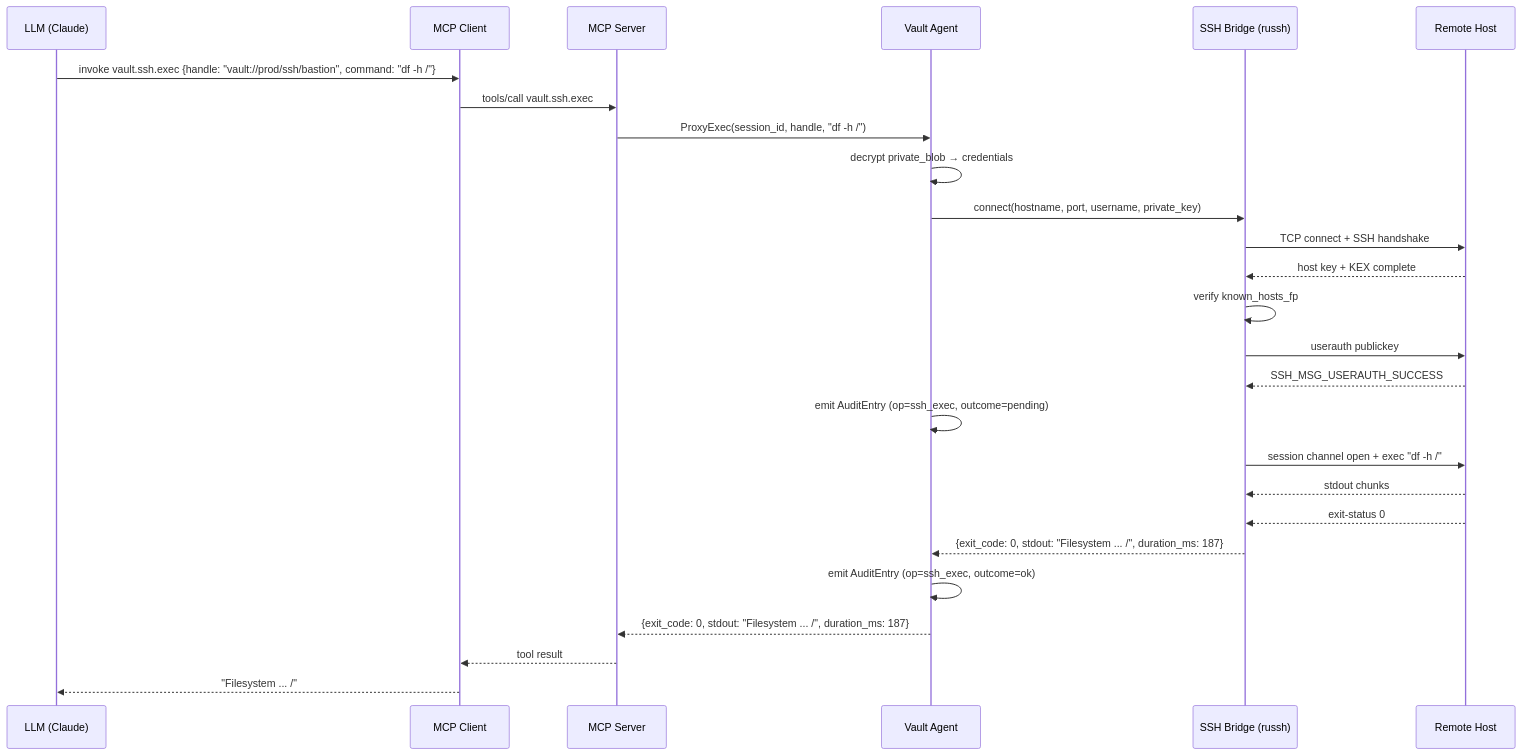
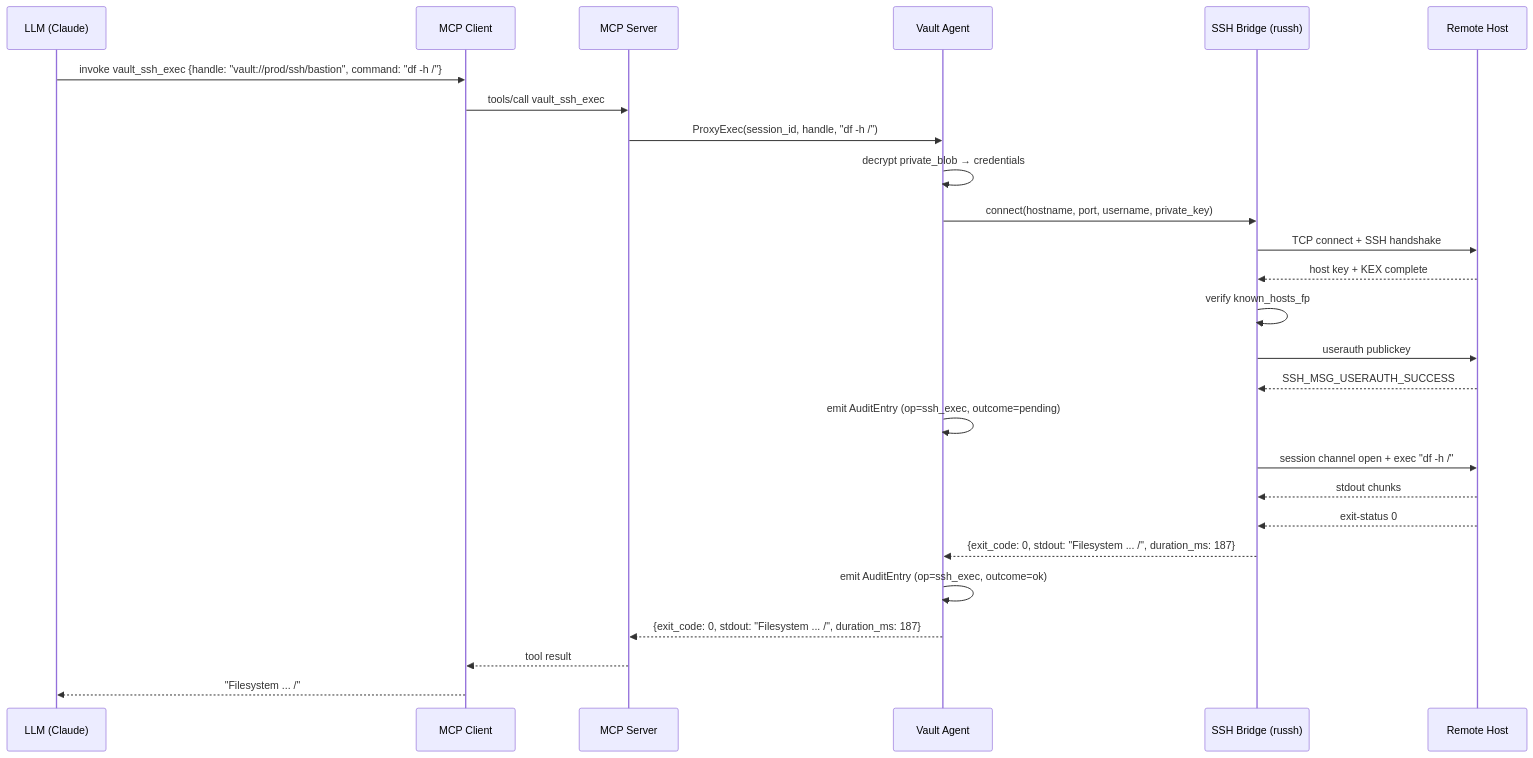
The diagram in docs/arch/integrations/ssh-bridge.md (farchanjo/merkle), drawn with Mermaid before and after one commit. The commit also changed other lines of this file and 6 other files, not shown here.

````diff
--- a/docs/arch/integrations/ssh-bridge.md
+++ b/docs/arch/integrations/ssh-bridge.md
@@ -279,29 +279,29 @@
 ```mermaid
 sequenceDiagram
     participant LLM as LLM (Claude)
     participant Client as MCP Client
     participant Server as MCP Server
     participant Agent as Vault Agent
     participant Bridge as SSH Bridge (russh)
     participant Remote as Remote Host
 
-    LLM->>Client: invoke vault.ssh.exec {handle: "vault://prod/ssh/bastion", command: "df -h /"}
-    Client->>Server: tools/call vault.ssh.exec
+    LLM->>Client: invoke vault_ssh_exec {handle: "vault://prod/ssh/bastion", command: "df -h /"}
+    Client->>Server: tools/call vault_ssh_exec
     Server->>Agent: ProxyExec(session_id, handle, "df -h /")
     Agent->>Agent: decrypt private_blob → credentials
     Agent->>Bridge: connect(hostname, port, username, private_key)
     Bridge->>Remote: TCP connect + SSH handshake
     Remote-->>Bridge: host key + KEX complete
     Bridge->>Bridge: verify known_hosts_fp
     Bridge->>Remote: userauth publickey
     Remote-->>Bridge: SSH_MSG_USERAUTH_SUCCESS
     Agent->>Agent: emit AuditEntry (op=ssh_exec, outcome=pending)
     Bridge->>Remote: session channel open + exec "df -h /"
     Remote-->>Bridge: stdout chunks
     Remote-->>Bridge: exit-status 0
     Bridge-->>Agent: {exit_code: 0, stdout: "Filesystem ... /", duration_ms: 187}
     Agent->>Agent: emit AuditEntry (op=ssh_exec, outcome=ok)
     Agent-->>Server: {exit_code: 0, stdout: "Filesystem ... /", duration_ms: 187}
     Server-->>Client: tool result
     Client-->>LLM: "Filesystem ... /"
 ```
````
